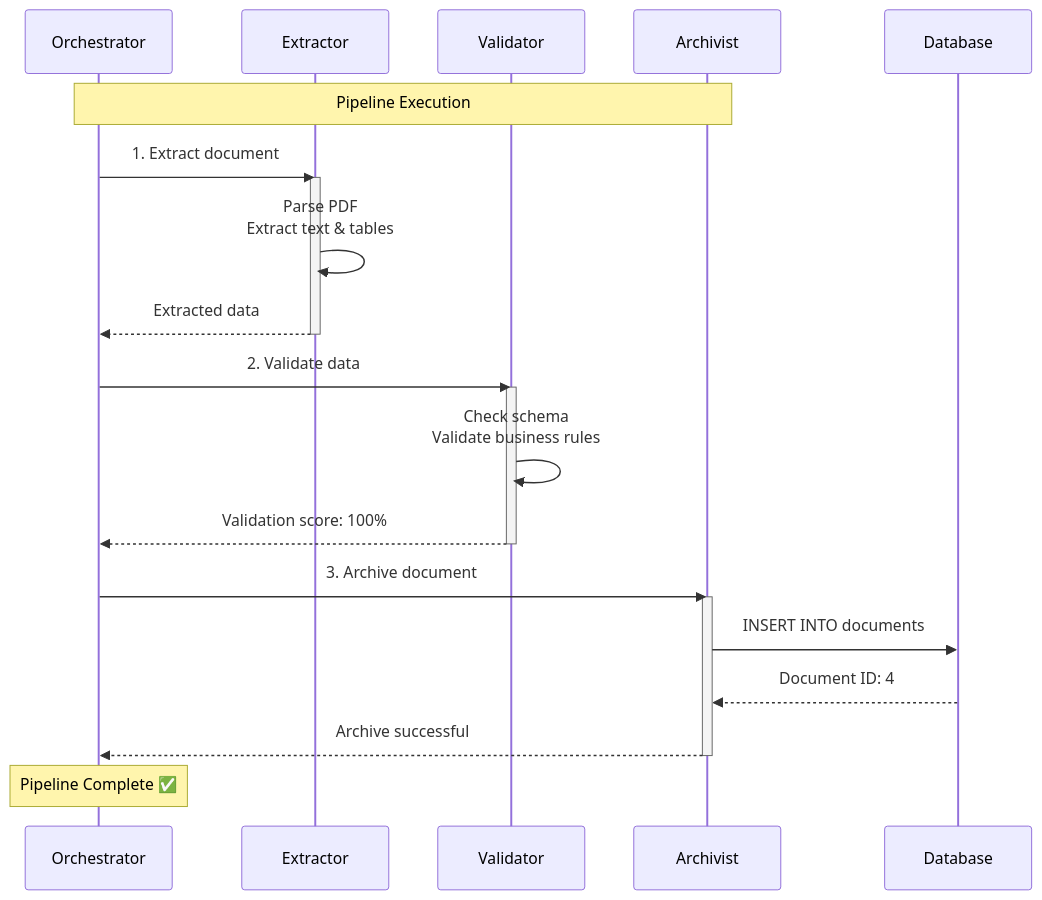
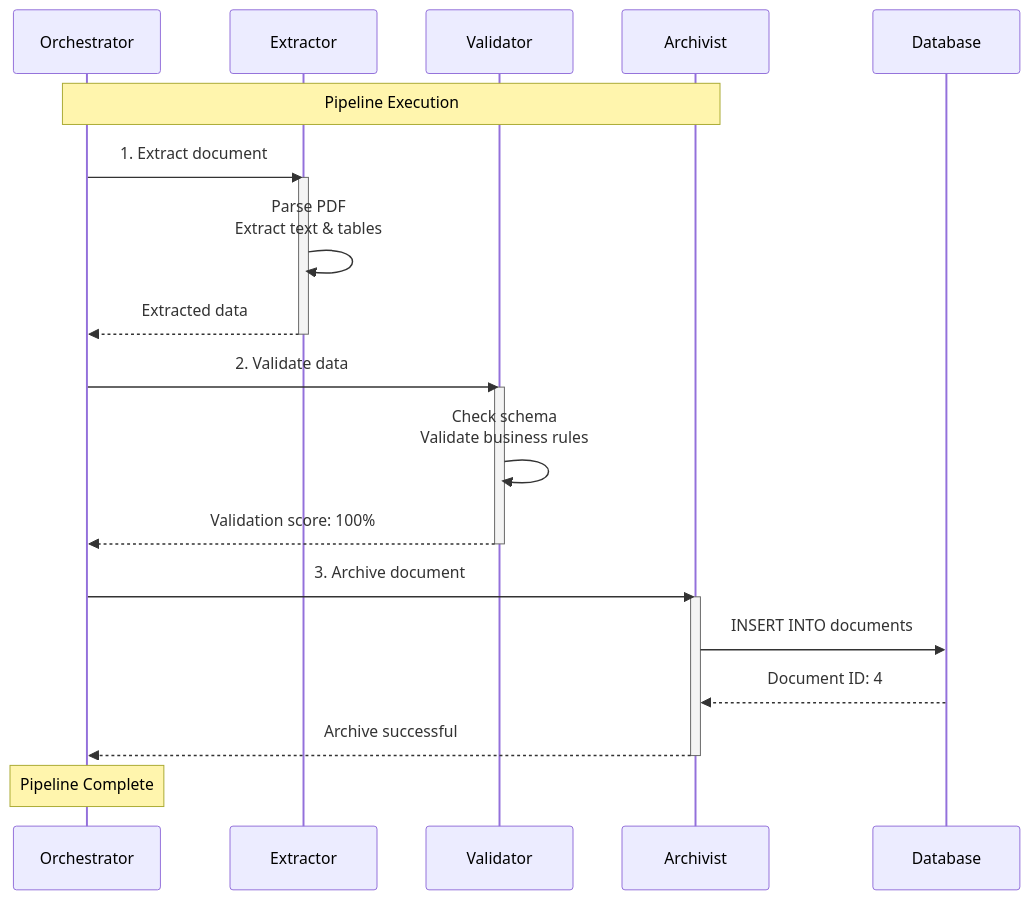
Before and after one commit to jaafar-benabderrazak/ca_a2a: the sixth of 10 diagrams in TEST_SUITE_EXPLAINED.md, drawn with Mermaid. The commit also changed other lines of this file and 19 other files, not shown here.

````diff
--- a/TEST_SUITE_EXPLAINED.md
+++ b/TEST_SUITE_EXPLAINED.md
@@ -418,31 +418,31 @@
 ```mermaid
 sequenceDiagram
-    participant O as Orchestrator
-    participant E as Extractor
-    participant V as Validator
-    participant A as Archivist
-    participant DB as Database
-    
-    Note over O,A: Pipeline Execution
-    
-    O->>E: 1. Extract document
-    activate E
-    E->>E: Parse PDF<br/>Extract text & tables
-    E-->>O: Extracted data
-    deactivate E
-    
-    O->>V: 2. Validate data
-    activate V
-    V->>V: Check schema<br/>Validate business rules
-    V-->>O: Validation score: 100%
-    deactivate V
-    
-    O->>A: 3. Archive document
-    activate A
-    A->>DB: INSERT INTO documents
-    DB-->>A: Document ID: 4
-    A-->>O: Archive successful
-    deactivate A
-    
-    Note over O: Pipeline Complete ✅
+ participant O as Orchestrator
+ participant E as Extractor
+ participant V as Validator
+ participant A as Archivist
+ participant DB as Database
+ 
+ Note over O,A: Pipeline Execution
+ 
+ O->>E: 1. Extract document
+ activate E
+ E->>E: Parse PDF<br/>Extract text & tables
+ E-->>O: Extracted data
+ deactivate E
+ 
+ O->>V: 2. Validate data
+ activate V
+ V->>V: Check schema<br/>Validate business rules
+ V-->>O: Validation score: 100%
+ deactivate V
+ 
+ O->>A: 3. Archive document
+ activate A
+ A->>DB: INSERT INTO documents
+ DB-->>A: Document ID: 4
+ A-->>O: Archive successful
+ deactivate A
+ 
+ Note over O: Pipeline Complete 
 ```
````
